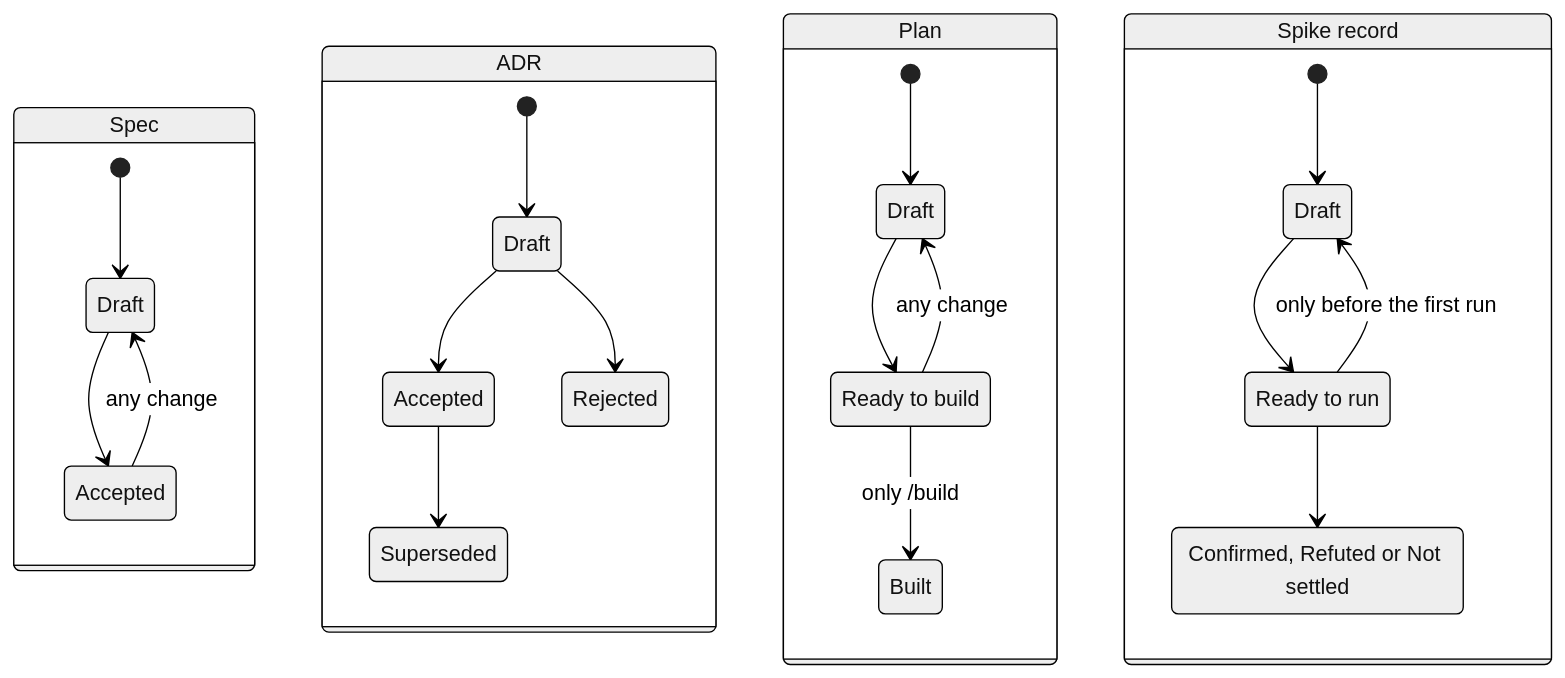
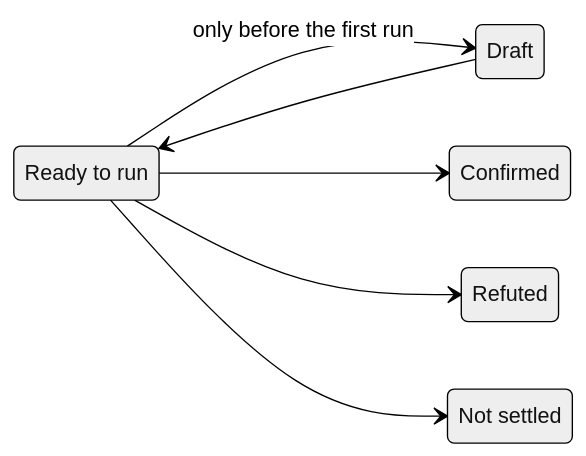
Before and after one commit to michaelmarconi/agentic-engineering: the sixth of 11 diagrams in docs/lifecycle.md, drawn with Mermaid (neutral theme). The commit also changed other lines of this file, not shown here.

Commit message:
Lifecycle draft: one subheading per document type, each with its own status diagram

````diff
--- a/docs/lifecycle.md
+++ b/docs/lifecycle.md
@@ -67,38 +113,11 @@
 ```mermaid
 stateDiagram-v2
-    state "Spec" as S {
-        [*] --> SDraft
-        SDraft: Draft
-        SAcc: Accepted
-        SDraft --> SAcc
-        SAcc --> SDraft : any change
-    }
-    state "ADR" as A {
-        [*] --> ADraft
-        ADraft: Draft
-        AAcc: Accepted
-        ARej: Rejected
-        ASup: Superseded
-        ADraft --> AAcc
-        ADraft --> ARej
-        AAcc --> ASup
-    }
-    state "Plan" as P {
-        [*] --> PDraft
-        PDraft: Draft
-        PReady: Ready to build
-        PBuilt: Built
-        PDraft --> PReady
-        PReady --> PDraft : any change
-        PReady --> PBuilt : only /build
-    }
-    state "Spike record" as K {
-        [*] --> KDraft
-        KDraft: Draft
-        KReady: Ready to run
-        KDone: Confirmed, Refuted or Not settled
-        KDraft --> KReady
-        KReady --> KDraft : only before the first run
-        KReady --> KDone
-    }
+    direction LR
+    state "Ready to run" as Ready
+    state "Not settled" as NotSettled
+    Draft --> Ready
+    Ready --> Draft : only before the first run
+    Ready --> Confirmed
+    Ready --> Refuted
+    Ready --> NotSettled
 ```
````
